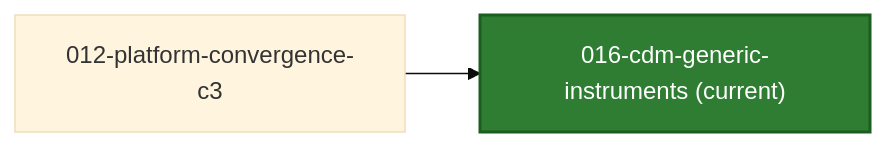
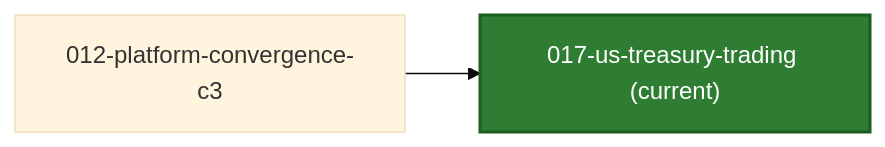
The second of 2 diagrams in README.md (jduitz/traderX), drawn with Mermaid (base theme) before and after one commit. The commit also changed other lines of this file and 125 other files, not shown here.

First line of the commit message:
snapshot: 017-us-treasury-trading generated from 808b683ec73267dd9cb52d1d1887d573856357f2

````diff
--- a/README.md
+++ b/README.md
@@ -51,9 +51,9 @@
 ```mermaid
 flowchart LR
-  C_CUR["016-cdm-generic-instruments (current)"]
+  C_CUR["017-us-treasury-trading (current)"]
   style C_CUR fill:#2e7d32,stroke:#1b5e20,color:#ffffff,stroke-width:2px
   C_PREV_012_platform_convergence_c3["012-platform-convergence-c3"] --> C_CUR
   click C_PREV_012_platform_convergence_c3 href "https://github.com/jduitz/traderX/tree/code%2Fgenerated-state-012-platform-convergence-c3" "Open branch"
-  %% compare: https://github.com/jduitz/traderX/compare/code%2Fgenerated-state-012-platform-convergence-c3...code%2Fgenerated-state-016-cdm-generic-instruments
-  click C_CUR href "https://github.com/jduitz/traderX/tree/code%2Fgenerated-state-016-cdm-generic-instruments" "Open current branch"
+  %% compare: https://github.com/jduitz/traderX/compare/code%2Fgenerated-state-012-platform-convergence-c3...code%2Fgenerated-state-017-us-treasury-trading
+  click C_CUR href "https://github.com/jduitz/traderX/tree/code%2Fgenerated-state-017-us-treasury-trading" "Open current branch"
 ```
````
